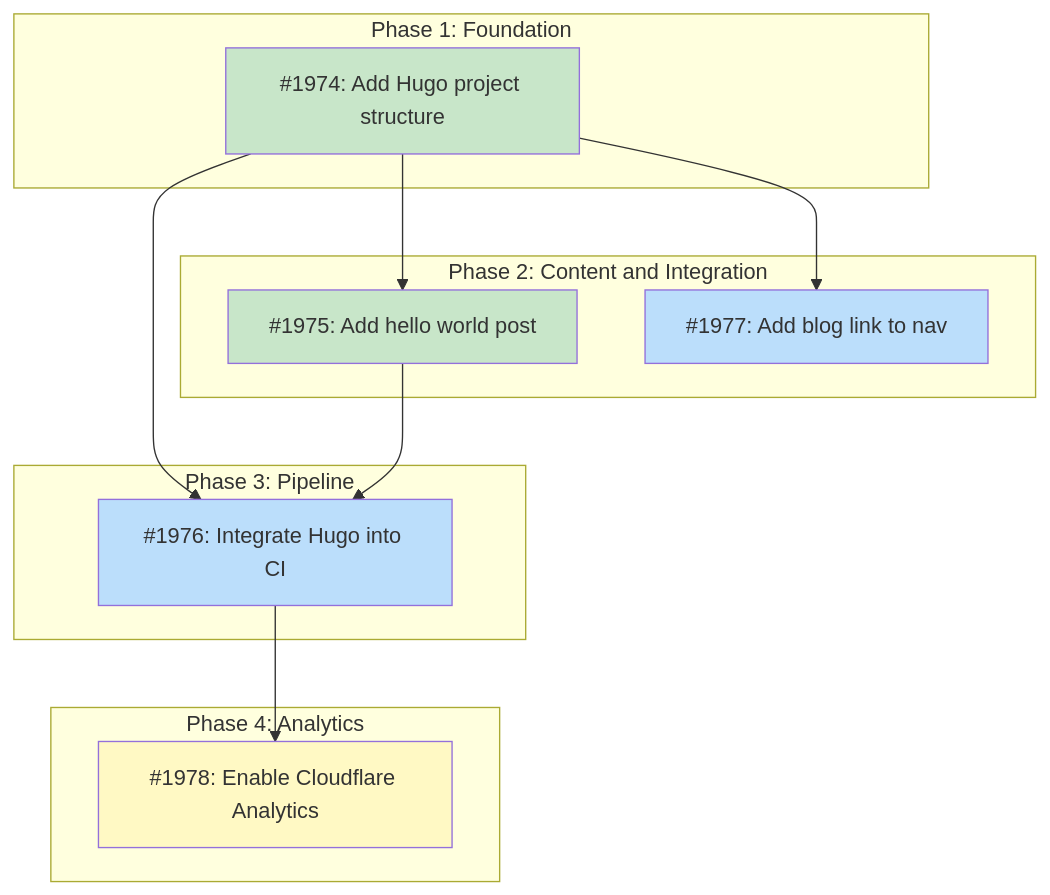
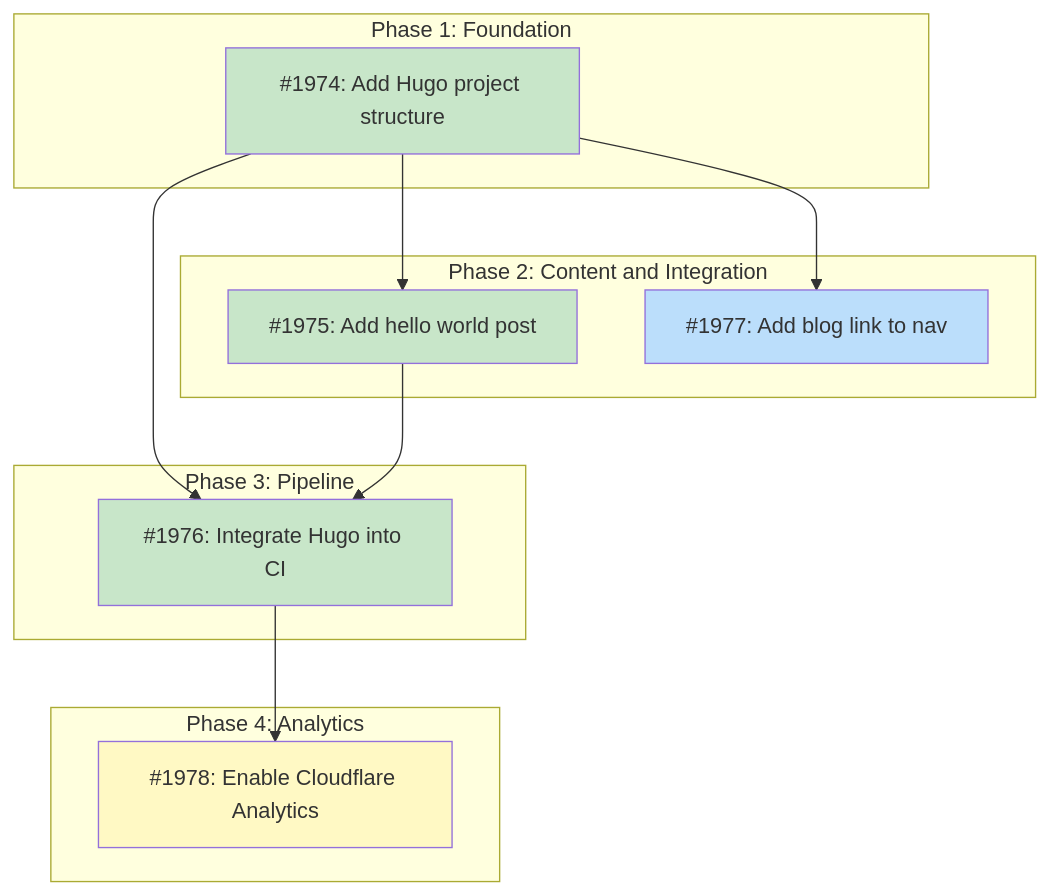
The diagram in docs/designs/DESIGN-blog-infrastructure.md (tsukumogami/tsuku), drawn with Mermaid before and after one commit. The commit also changed other lines of this file and 2 other files, not shown here.

Commit message:
docs(blog): mark #1976 as done in design doc
Strike through #1976 row in the issues table and update the dependency
graph: #1976 done, #1977 ready, #1978 still blocked.

````diff
--- a/docs/designs/DESIGN-blog-infrastructure.md
+++ b/docs/designs/DESIGN-blog-infrastructure.md
@@ -55,35 +55,35 @@
 ```mermaid
 graph TD
     subgraph Phase1["Phase 1: Foundation"]
         I1974["#1974: Add Hugo project structure"]
     end
 
     subgraph Phase2["Phase 2: Content and Integration"]
         I1975["#1975: Add hello world post"]
         I1977["#1977: Add blog link to nav"]
     end
 
     subgraph Phase3["Phase 3: Pipeline"]
         I1976["#1976: Integrate Hugo into CI"]
     end
 
     subgraph Phase4["Phase 4: Analytics"]
         I1978["#1978: Enable Cloudflare Analytics"]
     end
 
     I1974 --> I1975
     I1974 --> I1976
     I1974 --> I1977
     I1975 --> I1976
     I1976 --> I1978
 
     classDef done fill:#c8e6c9
     classDef ready fill:#bbdefb
     classDef blocked fill:#fff9c4
     classDef needsDesign fill:#e1bee7
     classDef tracksDesign fill:#FFE0B2,stroke:#F57C00,color:#000
 
-    class I1974,I1975 done
-    class I1976,I1977 ready
+    class I1974,I1975,I1976 done
+    class I1977 ready
     class I1978 blocked
 ```
````
